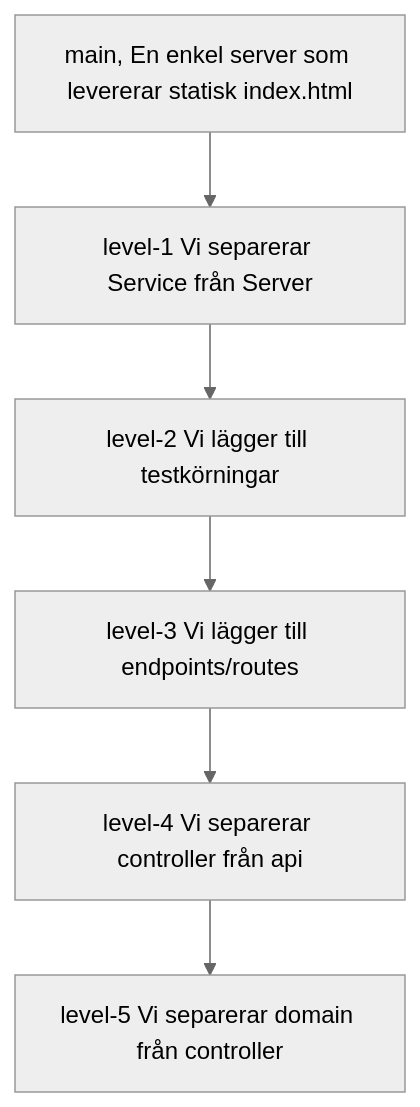
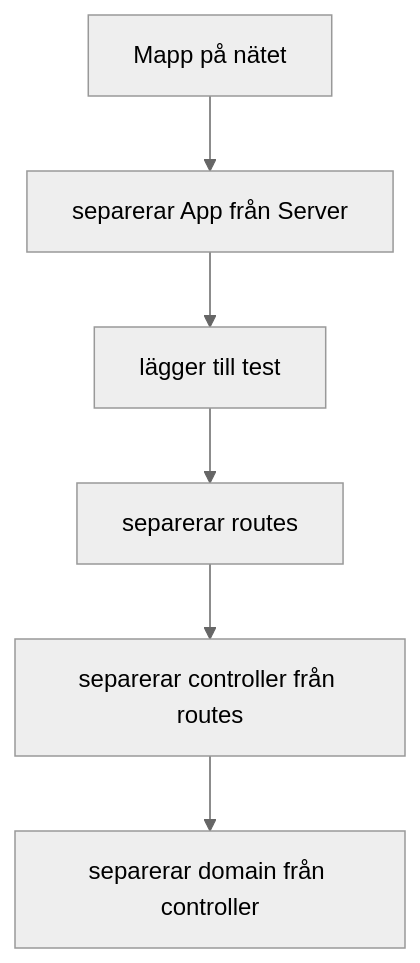
The diagram in README.md (miwashi-edu/edu-http-classic-js), drawn with Mermaid (neutral theme) before and after one commit. The commit also changed other lines of this file, not shown here.

````diff
--- a/README.md
+++ b/README.md
@@ -3,9 +3,9 @@
 ```mermaid
 flowchart TD
-    main[main, En enkel server som levererar statisk index.html] --> 
-    level-1[ level-1 Vi separerar Service från Server] --> 
-    level-2[ level-2 Vi lägger till testkörningar] --> 
-    level-3[ level-3 Vi lägger till endpoints/routes] --> 
-    level-4[ level-4 Vi separerar controller från api] --> 
-    level-5[ level-5 Vi separerar domain från controller]
+    main[Mapp på nätet] --> 
+    level-1[ separerar App från Server ] --> 
+    level-2[ lägger till test] --> 
+    level-3[ separerar routes] --> 
+    level-4[ separerar controller från routes] --> 
+    level-5[ separerar domain från controller]
 ```
````
